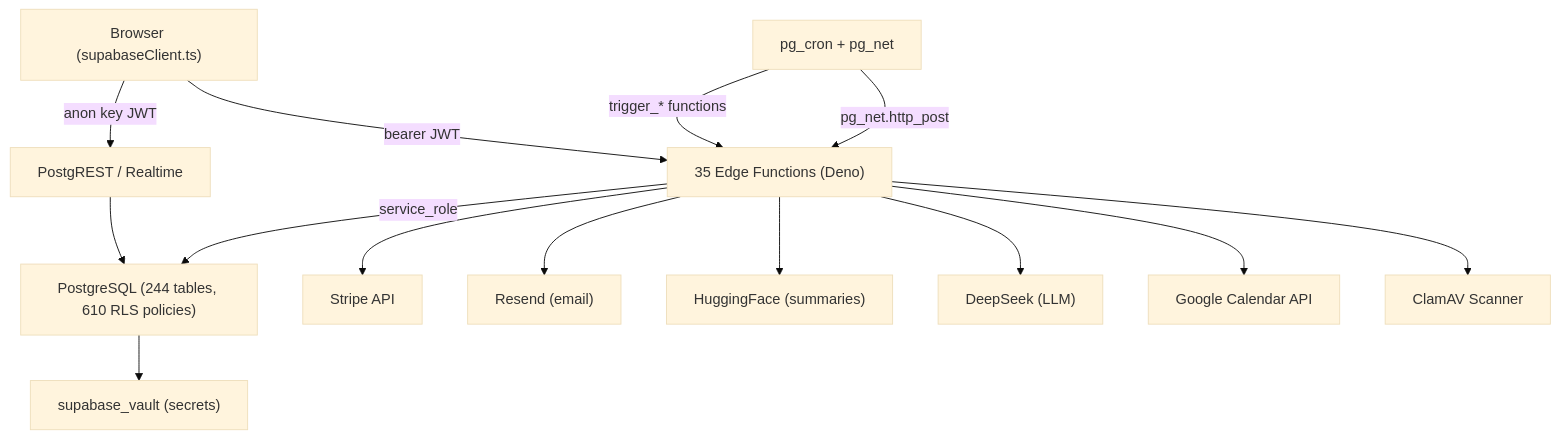
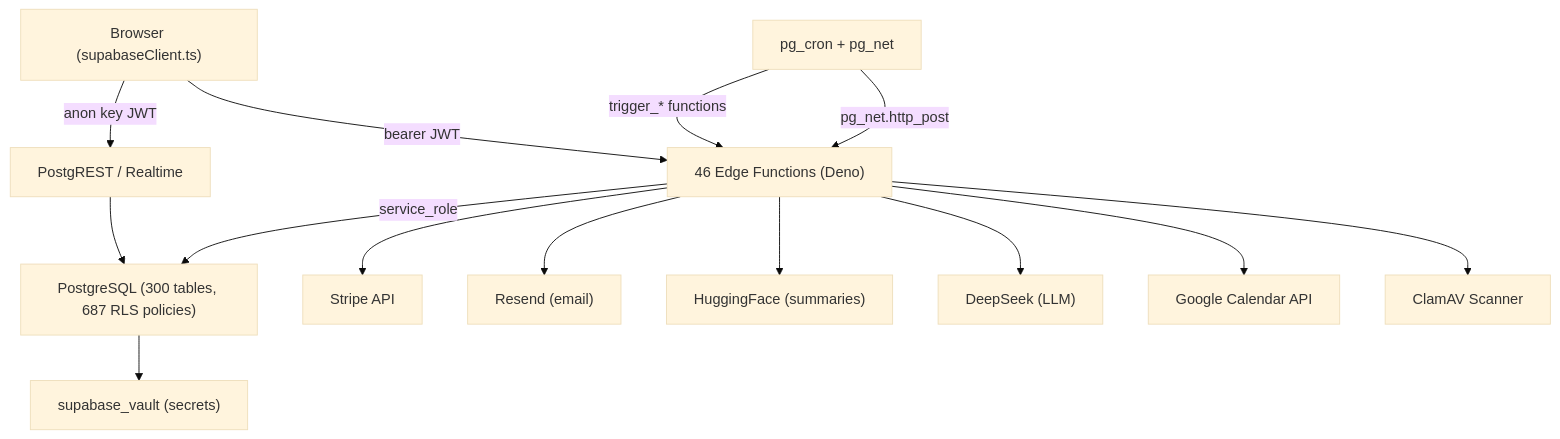
One commit to Dutiva-Canada/Dutiva_Web changed the first of 4 diagrams in docs/wiki/Database-Backend-Architecture.md. Above: the diagram before and after it, drawn with Mermaid (base theme). The commit also changed other lines of this file and 107 other files, not shown here.

````diff
--- a/docs/wiki/Database-Backend-Architecture.md
+++ b/docs/wiki/Database-Backend-Architecture.md
@@ -27,29 +27,29 @@
 ```mermaid
 graph TD
     Browser["Browser (supabaseClient.ts)"]
     PostgREST["PostgREST / Realtime"]
-    EdgeFunctions["35 Edge Functions (Deno)"]
-    Postgres["PostgreSQL (244 tables, 610 RLS policies)"]
+    EdgeFunctions["46 Edge Functions (Deno)"]
+    Postgres["PostgreSQL (300 tables, 687 RLS policies)"]
     Vault["supabase_vault (secrets)"]
     PgCron["pg_cron + pg_net"]
     Stripe["Stripe API"]
     Resend["Resend (email)"]
     HuggingFace["HuggingFace (summaries)"]
     DeepSeek["DeepSeek (LLM)"]
     GoogleCal["Google Calendar API"]
     ClamAV["ClamAV Scanner"]
 
     Browser -->|"anon key JWT"| PostgREST
     Browser -->|"bearer JWT"| EdgeFunctions
     PostgREST --> Postgres
     EdgeFunctions -->|"service_role"| Postgres
     EdgeFunctions --> Stripe
     EdgeFunctions --> Resend
     EdgeFunctions --> DeepSeek
     EdgeFunctions --> HuggingFace
     EdgeFunctions --> GoogleCal
     EdgeFunctions --> ClamAV
     Postgres --> Vault
     PgCron -->|"trigger_* functions"| EdgeFunctions
     PgCron -->|"pg_net.http_post"| EdgeFunctions
 ```
````
